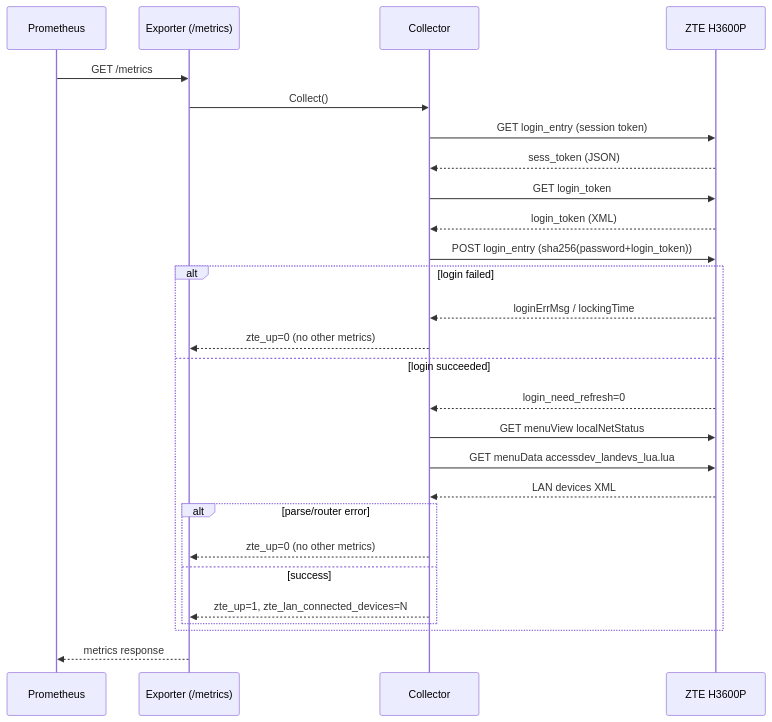
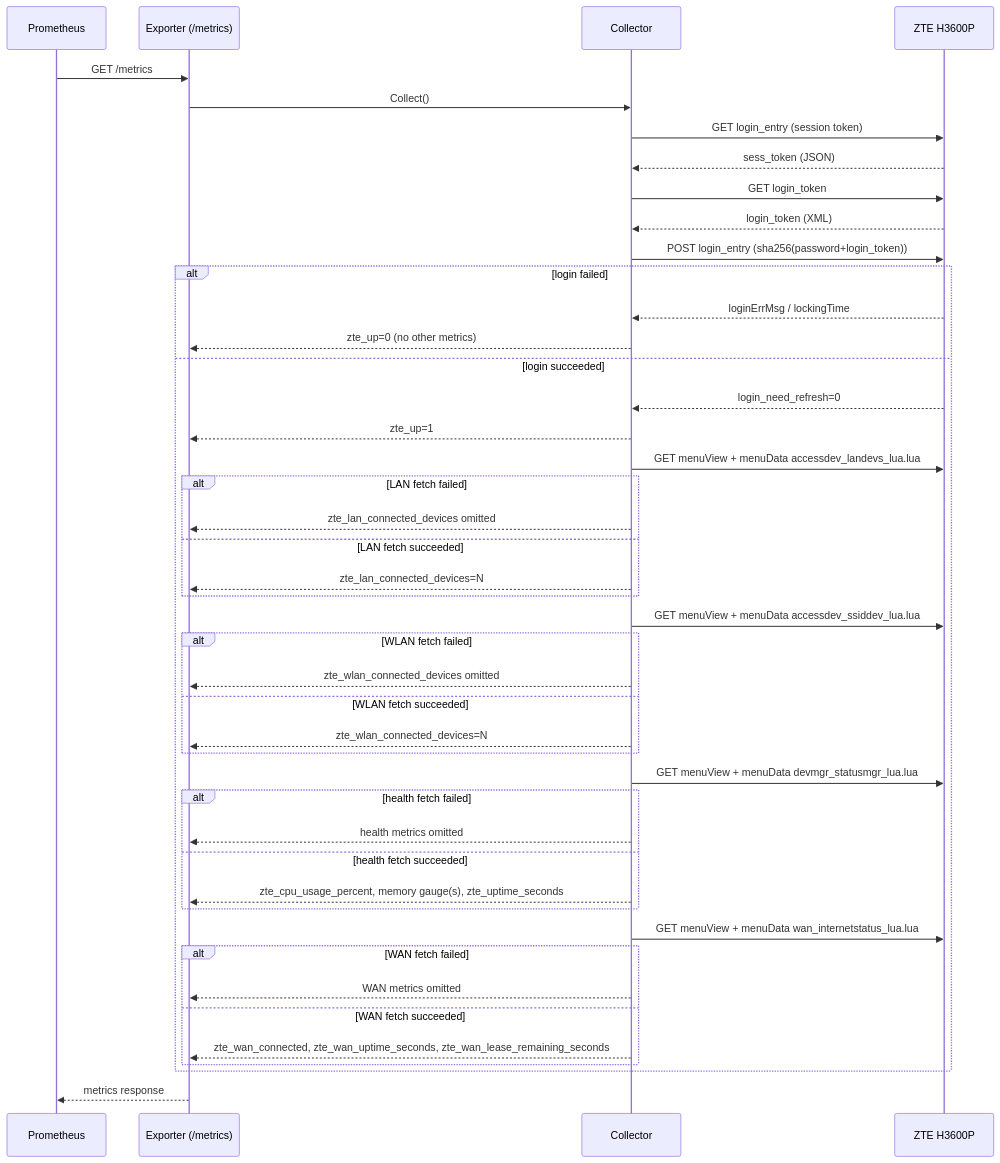
The diagram in docs/flows.md (cristianat98/ZTE-Exporter), drawn with Mermaid before and after one commit. The commit also changed other lines of this file and 2 other files, not shown here.

Commit message:
docs: document remaining collectors and per-collector degradation
Update the README metrics table, the uml.md class diagram, and the
flows.md sequence diagram to reflect the WLAN/health/WAN status
collectors and the shift from all-or-nothing scrape failure to
independent per-collector degradation.

````diff
--- a/docs/flows.md
+++ b/docs/flows.md
@@ -8,30 +8,47 @@
 ```mermaid
 sequenceDiagram
     participant Prometheus
     participant Exporter as Exporter (/metrics)
     participant Collector
     participant Router as ZTE H3600P
 
     Prometheus->>Exporter: GET /metrics
     Exporter->>Collector: Collect()
     Collector->>Router: GET login_entry (session token)
     Router-->>Collector: sess_token (JSON)
     Collector->>Router: GET login_token
     Router-->>Collector: login_token (XML)
     Collector->>Router: POST login_entry (sha256(password+login_token))
     alt login failed
         Router-->>Collector: loginErrMsg / lockingTime
         Collector-->>Exporter: zte_up=0 (no other metrics)
     else login succeeded
         Router-->>Collector: login_need_refresh=0
-        Collector->>Router: GET menuView localNetStatus
-        Collector->>Router: GET menuData accessdev_landevs_lua.lua
-        Router-->>Collector: LAN devices XML
-        alt parse/router error
-            Collector-->>Exporter: zte_up=0 (no other metrics)
-        else success
-            Collector-->>Exporter: zte_up=1, zte_lan_connected_devices=N
+        Collector-->>Exporter: zte_up=1
+        Collector->>Router: GET menuView + menuData accessdev_landevs_lua.lua
+        alt LAN fetch failed
+            Collector-->>Exporter: zte_lan_connected_devices omitted
+        else LAN fetch succeeded
+            Collector-->>Exporter: zte_lan_connected_devices=N
+        end
+        Collector->>Router: GET menuView + menuData accessdev_ssiddev_lua.lua
+        alt WLAN fetch failed
+            Collector-->>Exporter: zte_wlan_connected_devices omitted
+        else WLAN fetch succeeded
+            Collector-->>Exporter: zte_wlan_connected_devices=N
+        end
+        Collector->>Router: GET menuView + menuData devmgr_statusmgr_lua.lua
+        alt health fetch failed
+            Collector-->>Exporter: health metrics omitted
+        else health fetch succeeded
+            Collector-->>Exporter: zte_cpu_usage_percent, memory gauge(s), zte_uptime_seconds
+        end
+        Collector->>Router: GET menuView + menuData wan_internetstatus_lua.lua
+        alt WAN fetch failed
+            Collector-->>Exporter: WAN metrics omitted
+        else WAN fetch succeeded
+            Collector-->>Exporter: zte_wan_connected, zte_wan_uptime_seconds, zte_wan_lease_remaining_seconds
         end
     end
     Exporter-->>Prometheus: metrics response
 ```
````
